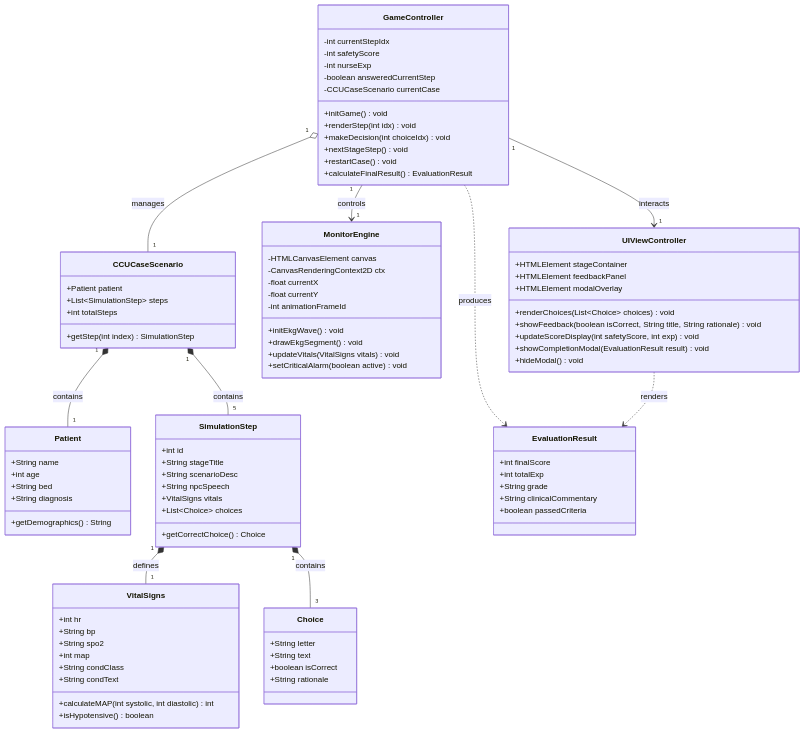
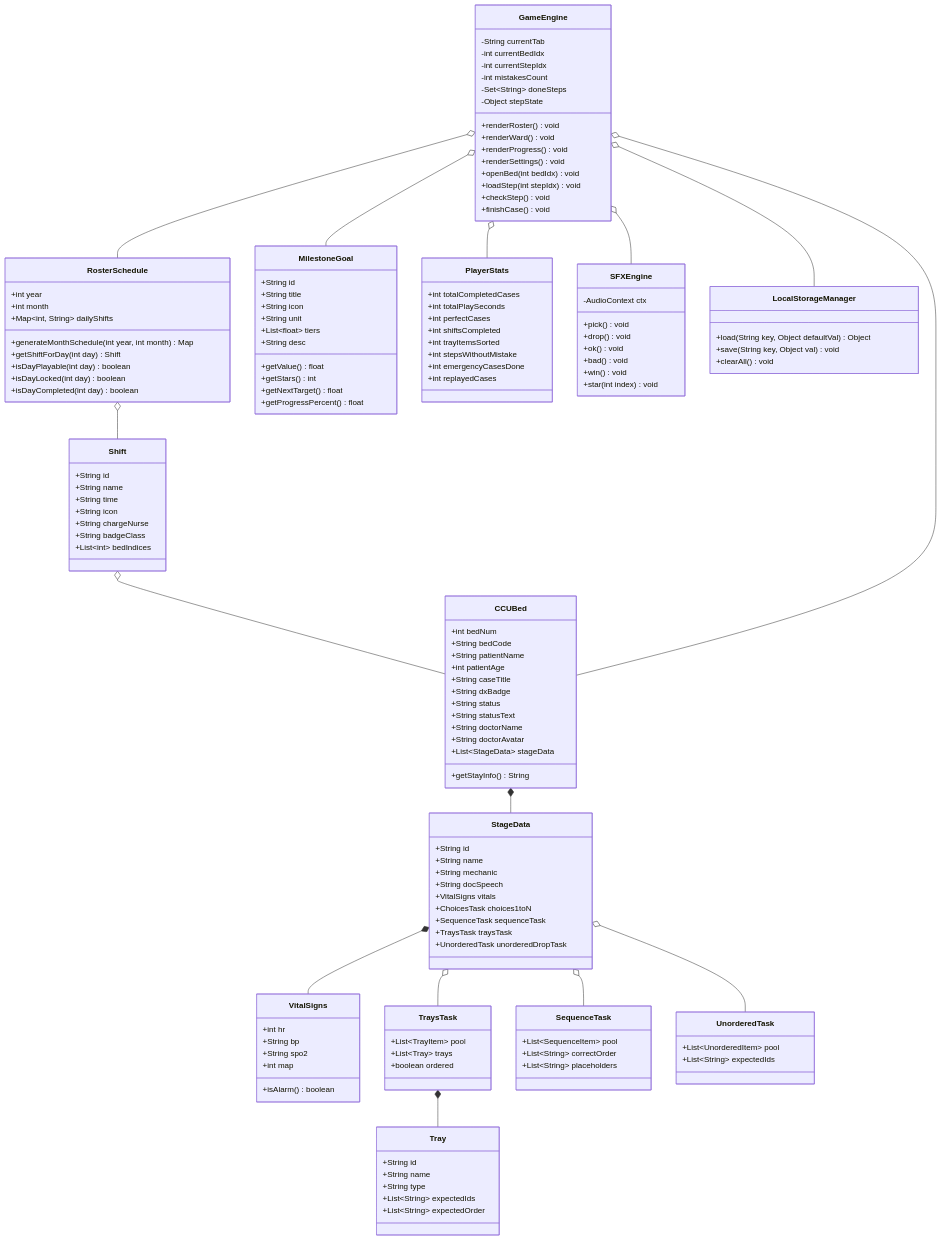
One commit to superxsiwa/a-ward changed the diagram in docs/CLASS_DIAGRAM.md. Above: the diagram before and after it, drawn with Mermaid. The commit also changed other lines of this file and 3 other files, not shown here.

Commit message:
docs: align design documents with latest CCU prototype (shift roster, 8 beds, 20 milestones)

````diff
--- a/docs/CLASS_DIAGRAM.md
+++ b/docs/CLASS_DIAGRAM.md
@@ -13,12 +16,19 @@
 ```mermaid
 classDiagram
-    %% Entities / Models
-    class Patient {
-        +String name
-        +int age
-        +String bed
-        +String diagnosis
-        +getDemographics() String
+    %% Core Bed & Patient Models
+    class CCUBed {
+        +int bedNum
+        +String bedCode
+        +String patientName
+        +int patientAge
+        +String caseTitle
+        +String dxBadge
+        +String status
+        +String statusText
+        +String doctorName
+        +String doctorAvatar
+        +List~StageData~ stageData
+        +getStayInfo() String
     }
 
     class VitalSigns {
@@ -26,91 +36,140 @@
         +String bp
         +String spo2
         +int map
-        +String condClass
-        +String condText
-        +calculateMAP(int systolic, int diastolic) int
-        +isHypotensive() boolean
+        +isAlarm() boolean
     }
 
-    class Choice {
-        +String letter
-        +String text
-        +boolean isCorrect
-        +String rationale
+    class StageData {
+        +String id
+        +String name
+        +String mechanic
+        +String docSpeech
+        +VitalSigns vitals
+        +ChoicesTask choices1toN
+        +SequenceTask sequenceTask
+        +TraysTask traysTask
+        +UnorderedTask unorderedDropTask
     }
 
-    class SimulationStep {
-        +int id
-        +String stageTitle
-        +String scenarioDesc
-        +String npcSpeech
-        +VitalSigns vitals
-        +List~Choice~ choices
-        +getCorrectChoice() Choice
+    class Tray {
+        +String id
+        +String name
+        +String type
+        +List~String~ expectedIds
+        +List~String~ expectedOrder
     }
 
-    class CCUCaseScenario {
-        +Patient patient
-        +List~SimulationStep~ steps
-        +int totalSteps
-        +getStep(int index) SimulationStep
+    class TraysTask {
+        +List~TrayItem~ pool
+        +List~Tray~ trays
+        +boolean ordered
     }
 
-    %% Controllers / Engines
-    class GameController {
-        -int currentStepIdx
-        -int safetyScore
-        -int nurseExp
-        -boolean answeredCurrentStep
-        -CCUCaseScenario currentCase
-        +initGame() void
-        +renderStep(int idx) void
-        +makeDecision(int choiceIdx) void
-        +nextStageStep() void
-        +restartCase() void
-        +calculateFinalResult() EvaluationResult
+    class SequenceTask {
+        +List~SequenceItem~ pool
+        +List~String~ correctOrder
+        +List~String~ placeholders
     }
 
-    class MonitorEngine {
-        -HTMLCanvasElement canvas
-        -CanvasRenderingContext2D ctx
-        -float currentX
-        -float currentY
-        -int animationFrameId
-        +initEkgWave() void
-        +drawEkgSegment() void
-        +updateVitals(VitalSigns vitals) void
-        +setCriticalAlarm(boolean active) void
+    class UnorderedTask {
+        +List~UnorderedItem~ pool
+        +List~String~ expectedIds
     }
 
-    class UIViewController {
-        +HTMLElement stageContainer
-        +HTMLElement feedbackPanel
-        +HTMLElement modalOverlay
-        +renderChoices(List~Choice~ choices) void
-        +showFeedback(boolean isCorrect, String title, String rationale) void
-        +updateScoreDisplay(int safetyScore, int exp) void
-        +showCompletionModal(EvaluationResult result) void
-        +hideModal() void
+    %% Shift Roster Models
+    class Shift {
+        +String id
+        +String name
+        +String time
+        +String icon
+        +String chargeNurse
+        +String badgeClass
+        +List~int~ bedIndices
     }
 
-    class EvaluationResult {
-        +int finalScore
-        +int totalExp
-        +String grade
-        +String clinicalCommentary
-        +boolean passedCriteria
+    class RosterSchedule {
+        +int year
+        +int month
+        +Map~int, String~ dailyShifts
+        +generateMonthSchedule(int year, int month) Map
+        +getShiftForDay(int day) Shift
+        +isDayPlayable(int day) boolean
+        +isDayLocked(int day) boolean
+        +isDayCompleted(int day) boolean
+    }
+
+    %% Milestone & Progress Models
+    class MilestoneGoal {
+        +String id
+        +String title
+        +String icon
+        +String unit
+        +List~float~ tiers
+        +String desc
+        +getValue() float
+        +getStars() int
+        +getNextTarget() float
+        +getProgressPercent() float
+    }
+
+    class PlayerStats {
+        +int totalCompletedCases
+        +int totalPlaySeconds
+        +int perfectCases
+        +int shiftsCompleted
+        +int trayItemsSorted
+        +int stepsWithoutMistake
+        +int emergencyCasesDone
+        +int replayedCases
+    }
+
+    %% Controllers & Engines
+    class GameEngine {
+        -String currentTab
+        -int currentBedIdx
+        -int currentStepIdx
+        -int mistakesCount
+        -Set~String~ doneSteps
+        -Object stepState
+        +renderRoster() void
+        +renderWard() void
+        +renderProgress() void
+        +renderSettings() void
+        +openBed(int bedIdx) void
+        +loadStep(int stepIdx) void
+        +checkStep() void
+        +finishCase() void
+    }
+
+    class SFXEngine {
+        -AudioContext ctx
+        +pick() void
+        +drop() void
+        +ok() void
+        +bad() void
+        +win() void
+        +star(int index) void
+    }
+
+    class LocalStorageManager {
+        +load(String key, Object defaultVal) Object
+        +save(String key, Object val) void
+        +clearAll() void
     }
 
     %% Relationships
-    CCUCaseScenario "1" *-- "1" Patient : contains
-    CCUCaseScenario "1" *-- "5" SimulationStep : contains
-    SimulationStep "1" *-- "1" VitalSigns : defines
-    SimulationStep "1" *-- "3" Choice : contains
-
-    GameController "1" o-- "1" CCUCaseScenario : manages
-    GameController "1" --> "1" MonitorEngine : controls
-    GameController "1" --> "1" UIViewController : interacts
-    GameController ..> EvaluationResult : produces
-    UIViewController ..> EvaluationResult : renders
+    CCUBed *-- StageData
+    StageData *-- VitalSigns
+    StageData o-- TraysTask
+    StageData o-- SequenceTask
+    StageData o-- UnorderedTask
+    TraysTask *-- Tray
+    Shift o-- CCUBed
+    RosterSchedule o-- Shift
+    GameEngine o-- CCUBed
+    GameEngine o-- RosterSchedule
+    GameEngine o-- MilestoneGoal
+    GameEngine o-- PlayerStats
+    GameEngine o-- SFXEngine
+    GameEngine o-- LocalStorageManager
 ```
````
